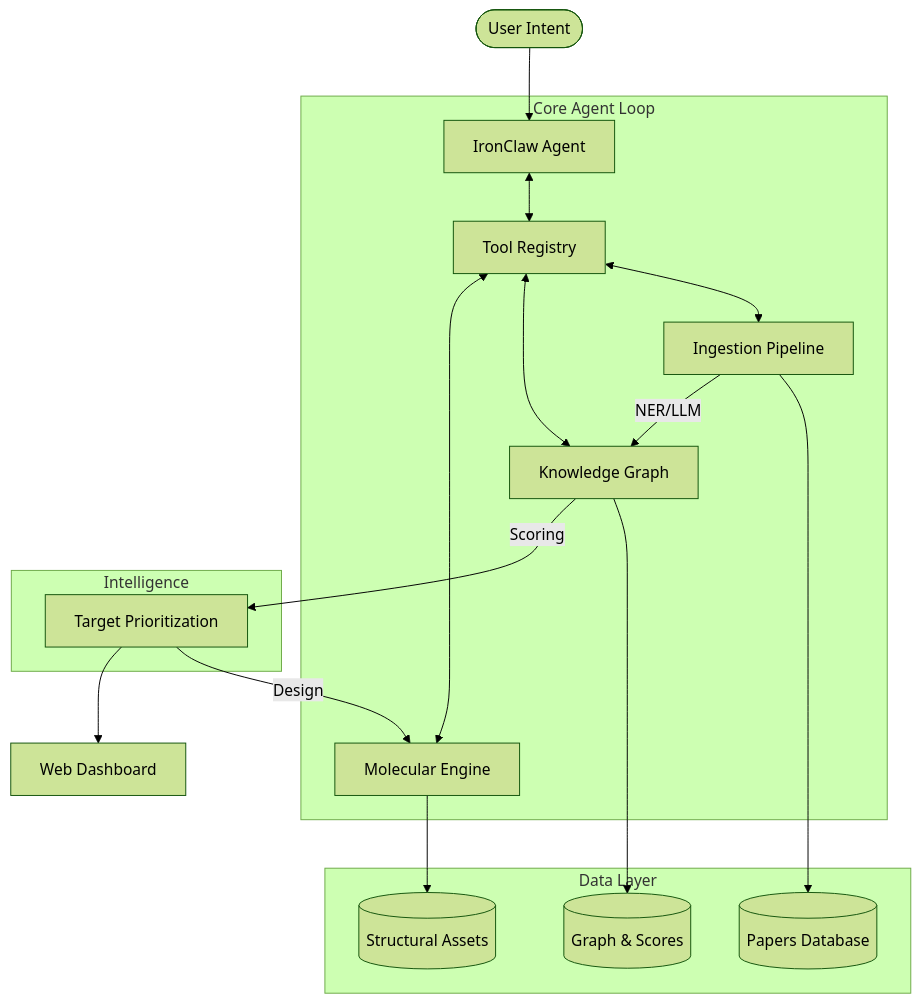
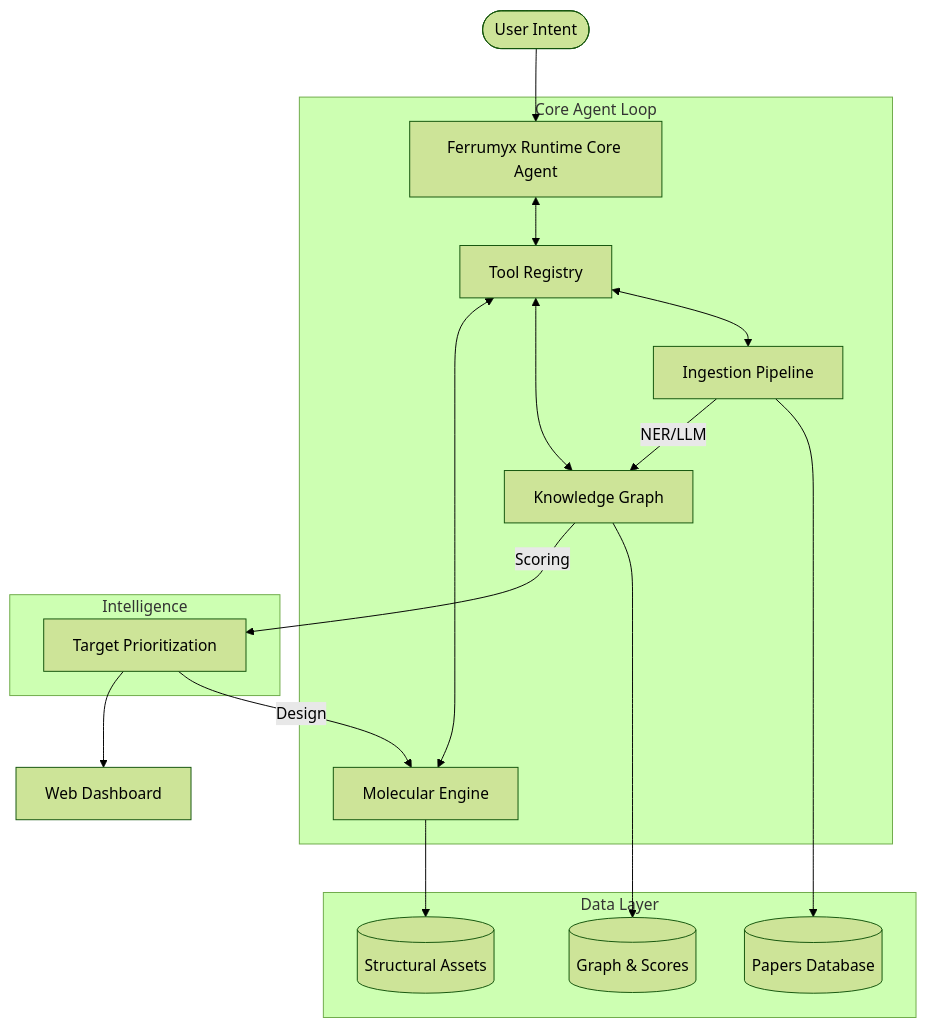
The diagram in README.md (Classacre/ferrumyx), drawn with Mermaid (forest theme) before and after one commit. The commit also changed other lines of this file and 913 other files, not shown here.

````diff
--- a/README.md
+++ b/README.md
@@ -48,25 +48,25 @@
 ```mermaid
 graph TD
-    User([User Intent]) --> Agent[IronClaw Agent]
+    User([User Intent]) --> Agent[Ferrumyx Runtime Core Agent]
     
     subgraph "Core Agent Loop"
         Agent <--> Tools[Tool Registry]
         Tools <--> Ingestion[Ingestion Pipeline]
         Tools <--> KG[Knowledge Graph]
         Tools <--> Molecules[Molecular Engine]
     end
     
     subgraph "Data Layer"
         Ingestion --> Papers[(Papers Database)]
         KG --> GraphData[(Graph & Scores)]
         Molecules --> StructData[(Structural Assets)]
     end
     
     subgraph "Intelligence"
         Ingestion -- NER/LLM --> KG
         KG -- Scoring --> Ranker[Target Prioritization]
         Ranker -- Design --> Molecules
     end
     
     Ranker --> Dashboard[Web Dashboard]
 ```
````
